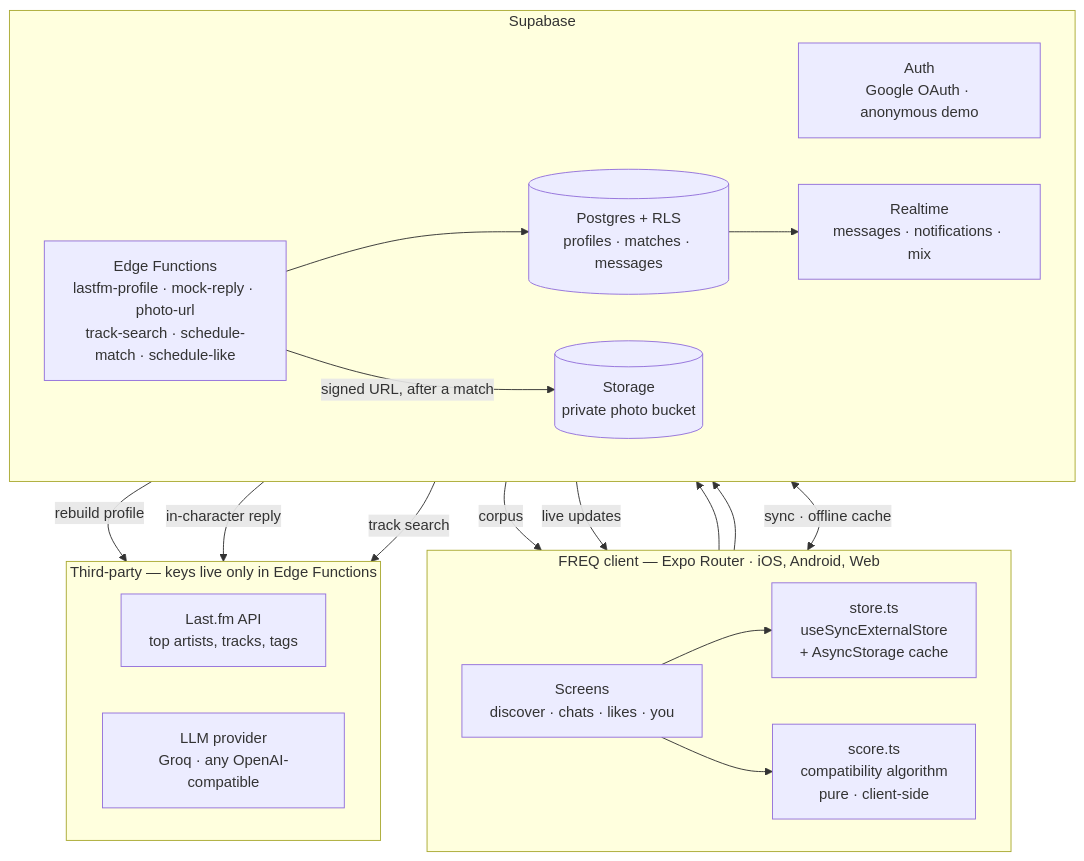
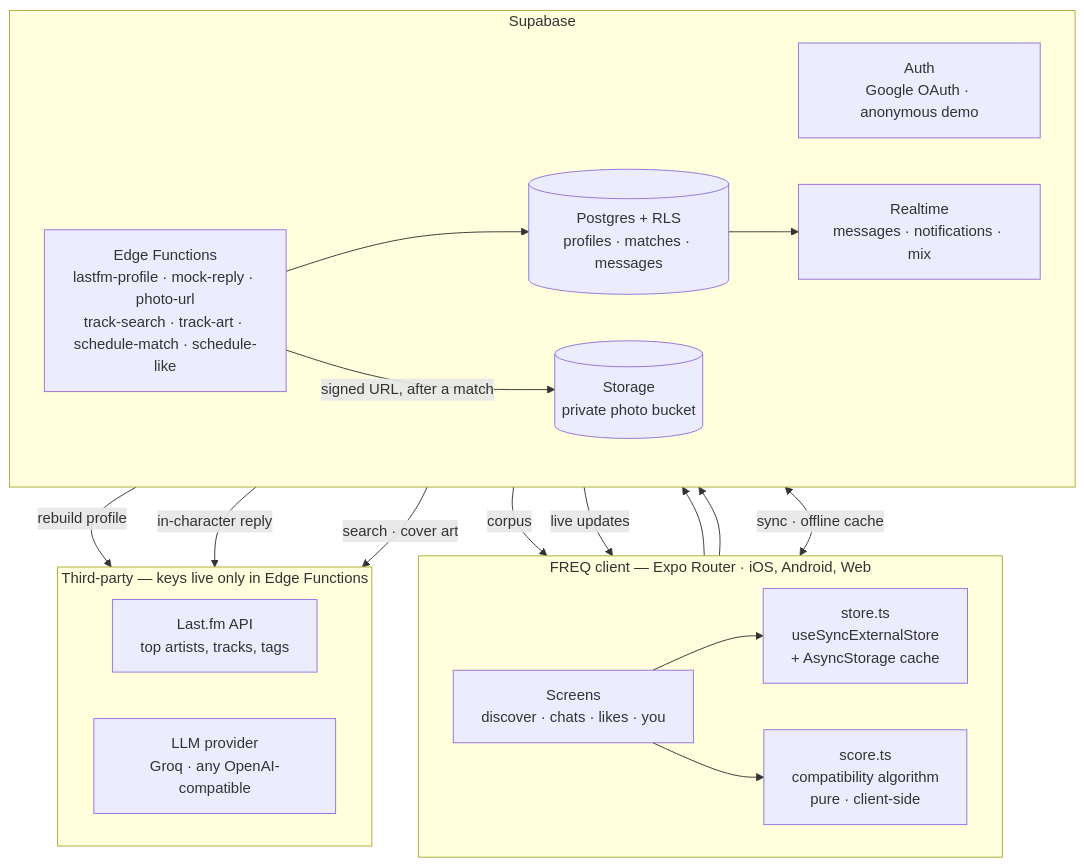
Before and after one commit to ParrvLuthra22/freq: the diagram in README.md, drawn with Mermaid. The commit also changed other lines of this file, not shown here.

First line of the commit message:
README: document the Mix picker and Last.fm cover art

````diff
--- a/README.md
+++ b/README.md
@@ -38,38 +38,38 @@
 ```mermaid
 flowchart TB
   subgraph client["FREQ client — Expo Router · iOS, Android, Web"]
     direction LR
     UI["Screens<br/>discover · chats · likes · you"]
     STORE["store.ts<br/>useSyncExternalStore<br/>+ AsyncStorage cache"]
     SCORE["score.ts<br/>compatibility algorithm<br/>pure · client-side"]
     UI --> STORE
     UI --> SCORE
   end
 
   subgraph supabase["Supabase"]
     direction LR
     AUTH["Auth<br/>Google OAuth · anonymous demo"]
     DB[("Postgres + RLS<br/>profiles · matches · messages")]
     RT["Realtime<br/>messages · notifications · mix"]
-    EDGE["Edge Functions<br/>lastfm-profile · mock-reply · photo-url<br/>track-search · schedule-match · schedule-like"]
+    EDGE["Edge Functions<br/>lastfm-profile · mock-reply · photo-url<br/>track-search · track-art · schedule-match · schedule-like"]
     STORE_B[("Storage<br/>private photo bucket")]
   end
 
   subgraph external["Third-party — keys live only in Edge Functions"]
     direction LR
     LASTFM["Last.fm API<br/>top artists, tracks, tags"]
     LLM["LLM provider<br/>Groq · any OpenAI-compatible"]
   end
 
   UI --> AUTH
   UI --> EDGE
   STORE <-->|"sync · offline cache"| DB
   DB -->|"corpus"| SCORE
   DB --> RT
   RT -->|"live updates"| UI
   EDGE --> DB
   EDGE -->|"rebuild profile"| LASTFM
   EDGE -->|"in-character reply"| LLM
   EDGE -->|"signed URL, after a match"| STORE_B
-  EDGE -->|"track search"| LASTFM
+  EDGE -->|"search · cover art"| LASTFM
 ```
````
